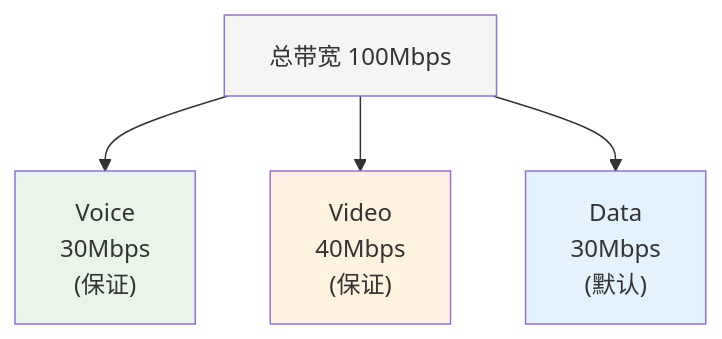
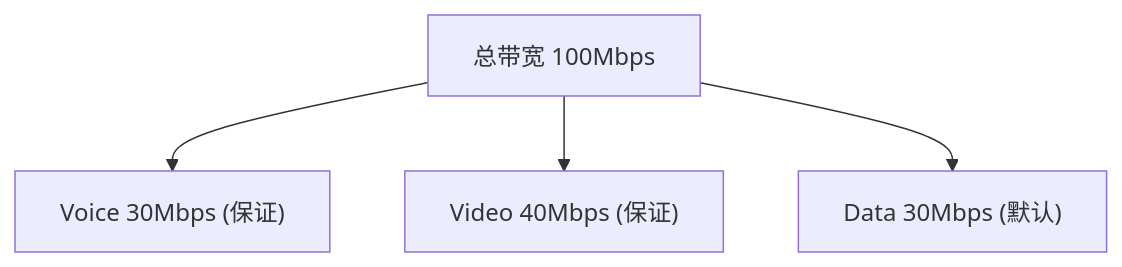
Before and after one commit to Dtheme/CS-base: the fourth of 5 diagrams in 计算机网络/4.2网络层：路由器体系结构.md, drawn with Mermaid. The commit also changed other lines of this file and 51 other files, not shown here.

````diff
--- a/计算机网络/4.2网络层：路由器体系结构.md
+++ b/计算机网络/4.2网络层：路由器体系结构.md
@@ -560,11 +288,6 @@
 ```mermaid
 graph TB
-    A["总带宽 100Mbps"] --> B["Voice<br/>30Mbps<br/>(保证)"]
-    A --> C["Video<br/>40Mbps<br/>(保证)"]
-    A --> D["Data<br/>30Mbps<br/>(默认)"]
-    
-    style A fill:#f5f5f5,color:#333
-    style B fill:#e8f5e8,color:#333
-    style C fill:#fff3e0,color:#333
-    style D fill:#e3f2fd,color:#333
+    A["总带宽 100Mbps"] --> B["Voice 30Mbps (保证)"]
+    A --> C["Video 40Mbps (保证)"]
+    A --> D["Data 30Mbps (默认)"]
 ```
````
